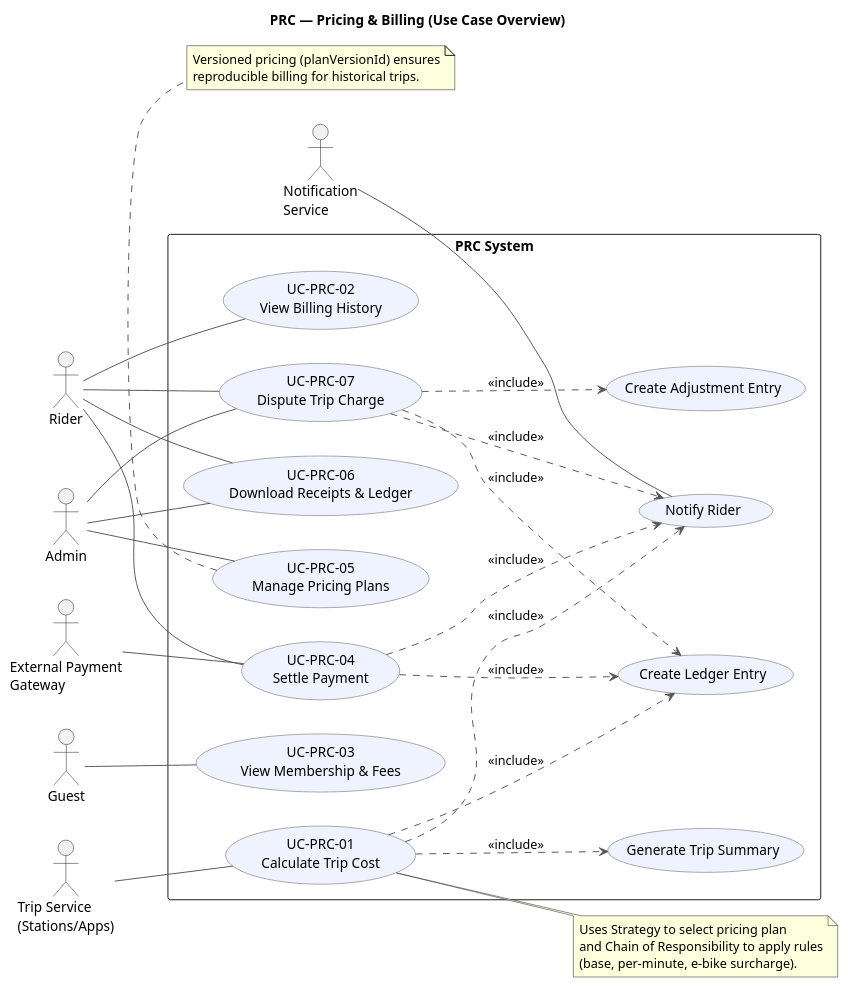
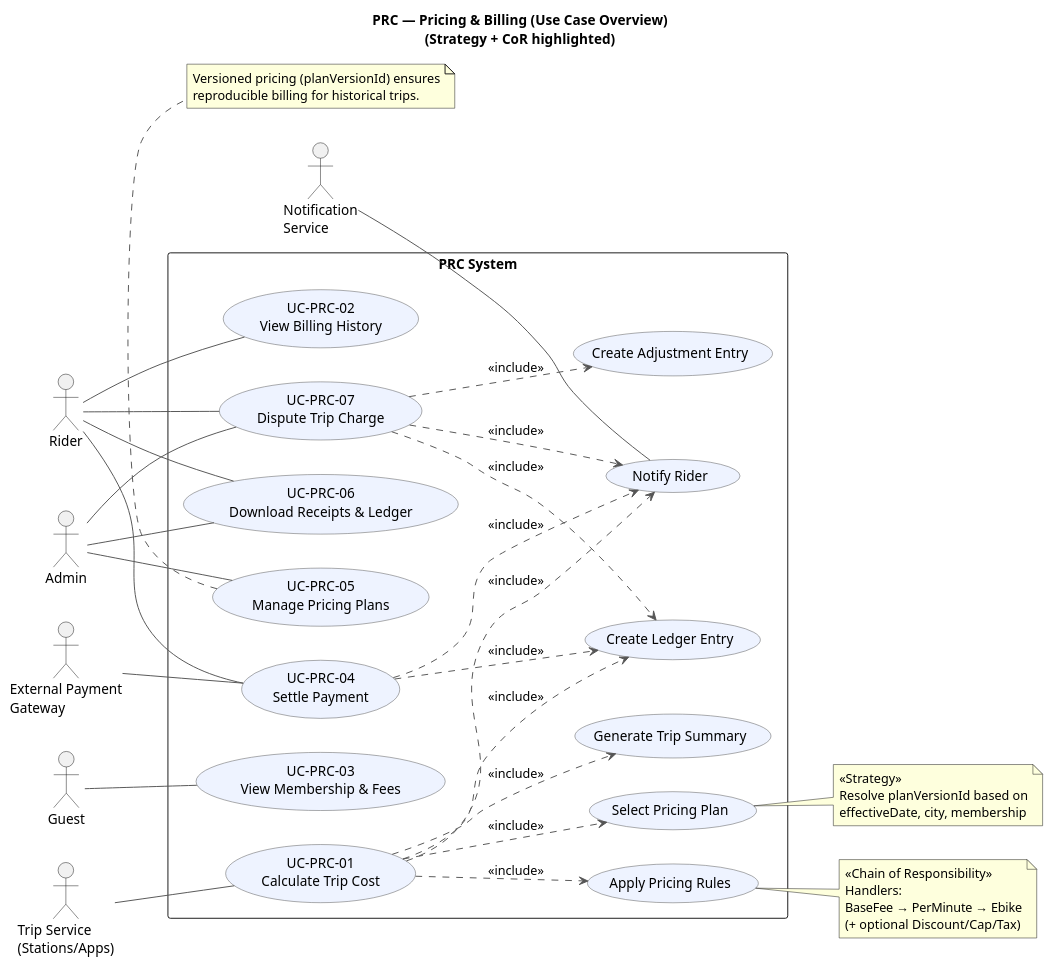
Before and after one commit to Abdul-RehmanCU/SOEN-343---Bike: the diagram in diagrams/PRC-DIAGRAMS/PRC_USE_CASE_DIAGRAM.md, drawn with PlantUML. The commit also changed 2 other files, not shown here.

Commit message:
better implementation of the Strategy + CoR on diags

```diff
--- a/diagrams/PRC-DIAGRAMS/PRC_USE_CASE_DIAGRAM.md
+++ b/diagrams/PRC-DIAGRAMS/PRC_USE_CASE_DIAGRAM.md
@@ -1,5 +1,5 @@
 @startuml
-title PRC — Pricing & Billing (Use Case Overview)
+title PRC — Pricing & Billing (Use Case Overview)\n(Strategy + CoR highlighted)
 
 left to right direction
 skinparam packageStyle rectangle
@@ -8,6 +8,7 @@
   BackgroundColor #EEF3FF
   ArrowColor #555
 }
+skinparam shadowing false
 
 ' === Actors ===
 actor Rider
@@ -27,7 +28,9 @@
   (UC-PRC-06\nDownload Receipts & Ledger) as UC6
   (UC-PRC-07\nDispute Trip Charge) as UC7
 
-  ' Reusable subflows (no stereotypes on nodes)
+  ' Internal reusable subflows
+  (Select Pricing Plan) as SelPlan
+  (Apply Pricing Rules) as ApplyRules
   (Generate Trip Summary) as GenSummary
   (Create Ledger Entry) as Ledger
   (Notify Rider) as NotifyUC
@@ -45,27 +48,36 @@
 Admin -- UC6
 Admin -- UC7
 
-' === Includes (shared internal behavior) ===
-UC1 ..> GenSummary : <<include>>
-UC1 ..> Ledger     : <<include>>
-UC1 ..> NotifyUC   : <<include>>
+' === Includes ===
+UC1 ..> SelPlan     : <<include>>
+UC1 ..> ApplyRules  : <<include>>
+UC1 ..> GenSummary  : <<include>>
+UC1 ..> Ledger      : <<include>>
+UC1 ..> NotifyUC    : <<include>>
 
-UC4 ..> Ledger     : <<include>>
-UC4 ..> NotifyUC   : <<include>>
+UC4 ..> Ledger      : <<include>>
+UC4 ..> NotifyUC    : <<include>>
 
-UC7 ..> Adj        : <<include>>
-UC7 ..> Ledger     : <<include>>
-UC7 ..> NotifyUC   : <<include>>
+UC7 ..> Adj         : <<include>>
+UC7 ..> Ledger      : <<include>>
+UC7 ..> NotifyUC    : <<include>>
 
-' === External service collaborations ===
+' === External collaborations ===
 Payment -- UC4
 Notifier -- NotifyUC
 
-' === Notes ===
-note right of UC1
-Uses Strategy to select pricing plan
-and Chain of Responsibility to apply rules
-(base, per-minute, e-bike surcharge).
+' === Notes for patterns ===
+note right of SelPlan
+<<Strategy>>
+Resolve planVersionId based on
+effectiveDate, city, membership
+end note
+
+note right of ApplyRules
+<<Chain of Responsibility>>
+Handlers:
+BaseFee → PerMinute → Ebike
+(+ optional Discount/Cap/Tax)
 end note
 
 note bottom of UC5
```
